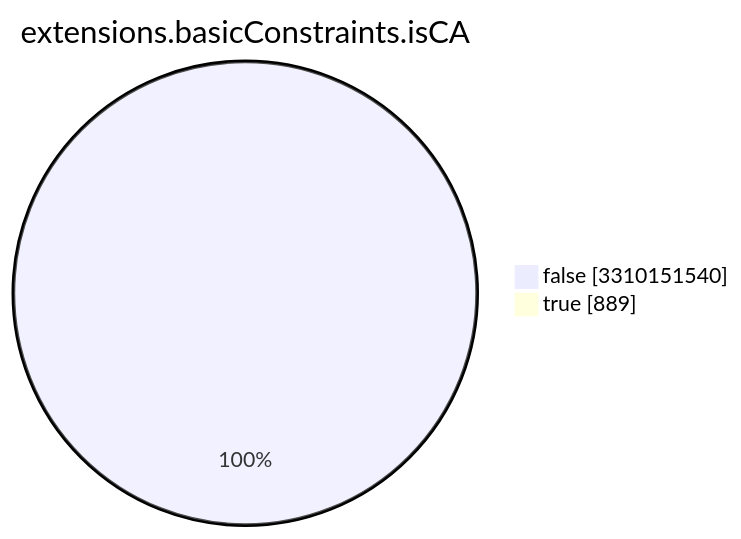
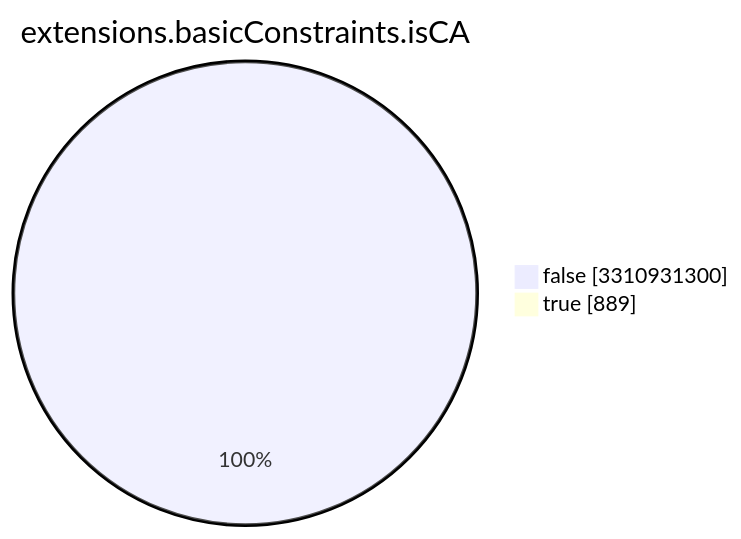
The seventh of 15 diagrams in TOTAL/README.md (christiankrug/ctmonitor_visualization), drawn with Mermaid before and after one commit. The commit also changed other lines of this file, not shown here.

````diff
--- a/TOTAL/README.md
+++ b/TOTAL/README.md
@@ -3089,6 +3089,6 @@
 ```mermaid
 pie showData
 title extensions.basicConstraints.isCA
-"false" :3310151540
+"false" :3310931300
 "true" :889
 ```
````
